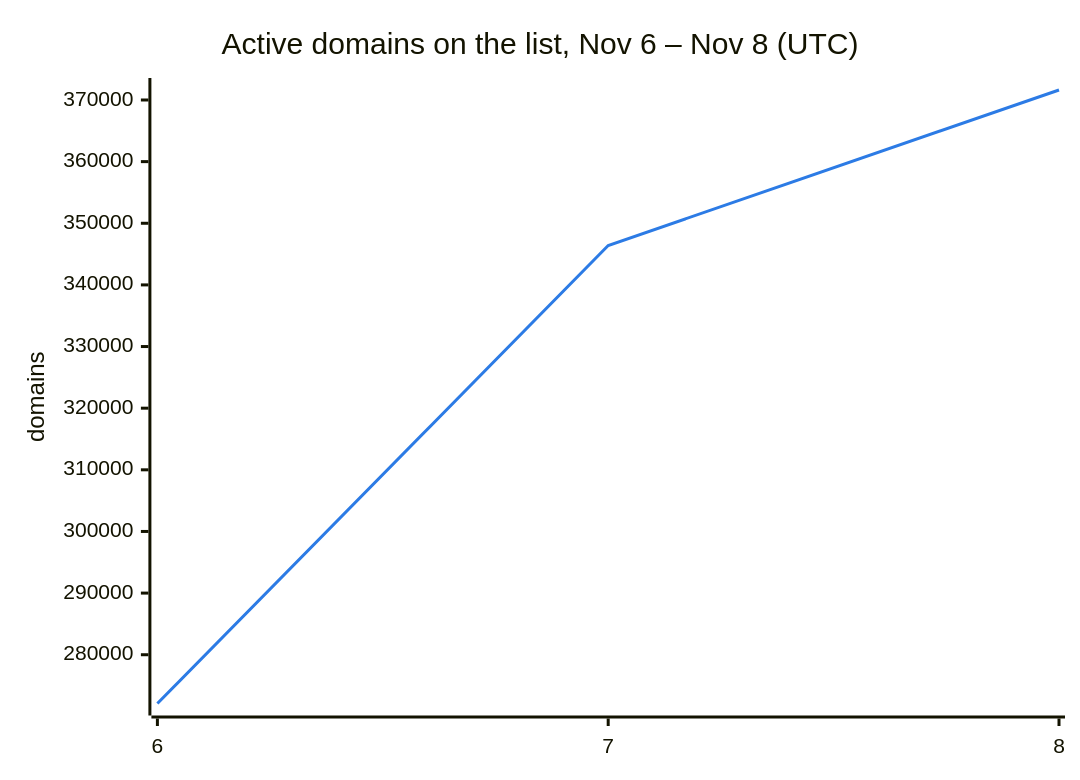
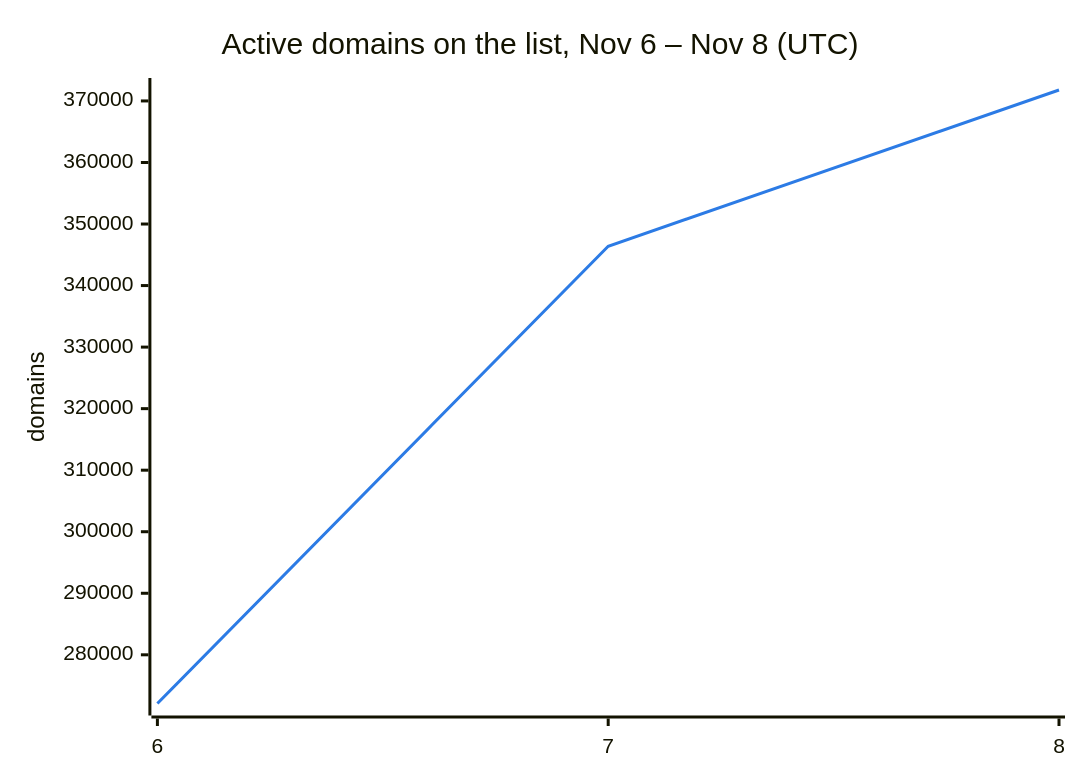
The second of 3 diagrams in README.md (DNSBunker/CTI), drawn with Mermaid before and after one commit. The commit also changed other lines of this file and 3 other files, not shown here.

````diff
--- a/README.md
+++ b/README.md
@@ -38,8 +38,8 @@
 ```mermaid
 %%{init: {"themeVariables": {"xyChart": {"plotColorPalette": "#2c7be5"}}}}%%
 xychart-beta
     title "Active domains on the list, Nov 6 – Nov 8 (UTC)"
     x-axis ["6", "7", "8"]
     y-axis "domains"
-    line [272088, 346388, 371621]
+    line [272088, 346388, 371778]
 ```
````
